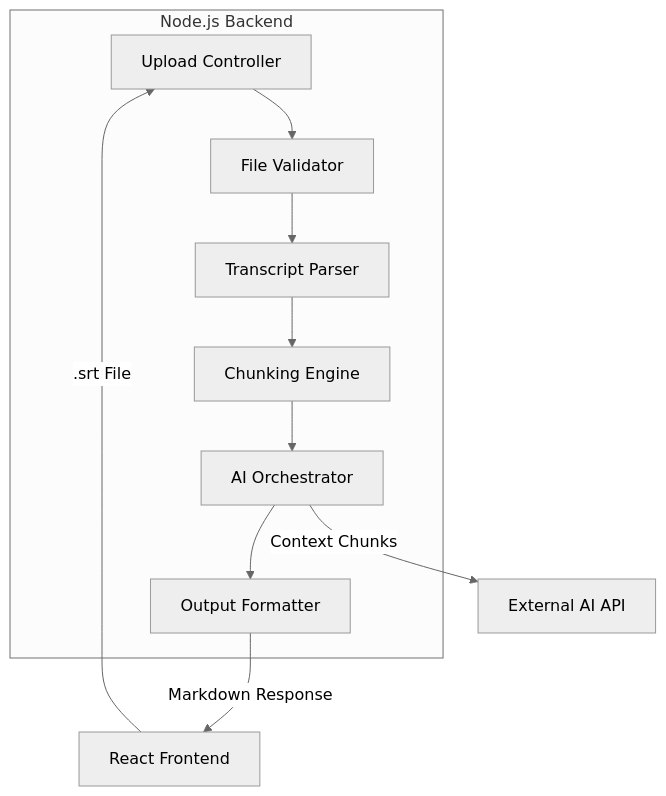
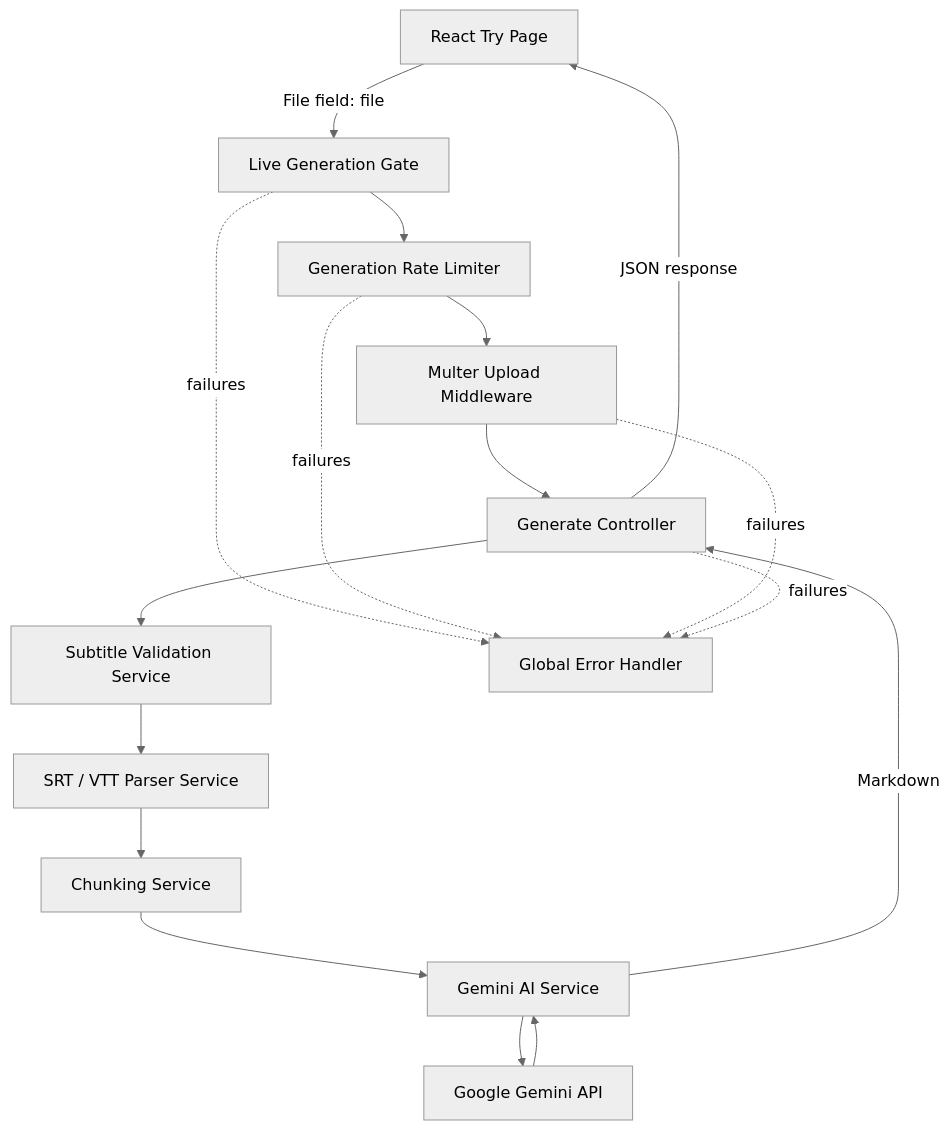
One commit to devChathura/lecture-notes-from-transcript changed the diagram in docs/diagrams/component_diagram.mmd. Above: the diagram before and after it, drawn with Mermaid (neutral theme). The commit also changed 12 other files, not shown here.

Commit message:
docs: refresh project docs, diagrams, screenshots, and coverage notes

```diff
--- a/docs/diagrams/component_diagram.mmd
+++ b/docs/diagrams/component_diagram.mmd
@@ -1,13 +1,30 @@
-graph TD
-    subgraph "Node.js Backend"
-        Controller[Upload Controller] --> 
-        Validator[File Validator] -->
-        Parser[Transcript Parser]
-        Parser --> Chunker[Chunking Engine]
-        Chunker --> Orchestrator[AI Orchestrator]
-        Orchestrator --> Formatter[Output Formatter]
-    end
+flowchart TD
+    Client[React Try Page]
+    Gate[Live Generation Gate]
+    Limiter[Generation Rate Limiter]
+    Upload[Multer Upload Middleware]
+    Controller[Generate Controller]
+    Validator[Subtitle Validation Service]
+    Parser[SRT / VTT Parser Service]
+    Chunker[Chunking Service]
+    AI[Gemini AI Service]
+    Errors[Global Error Handler]
+    Gemini[Google Gemini API]
 
-    SPA[React Frontend] -- ".srt File" --> Controller
-    Orchestrator -- "Context Chunks" --> LLM[External AI API]
-    Formatter -- "Markdown Response" --> SPA
+    Client -->|File field: file| Gate
+    Gate --> Limiter
+    Limiter --> Upload
+    Upload --> Controller
+    Controller --> Validator
+    Validator --> Parser
+    Parser --> Chunker
+    Chunker --> AI
+    AI --> Gemini
+    Gemini --> AI
+    AI -->|Markdown| Controller
+    Controller -->|JSON response| Client
+
+    Gate -. failures .-> Errors
+    Limiter -. failures .-> Errors
+    Upload -. failures .-> Errors
+    Controller -. failures .-> Errors
```
